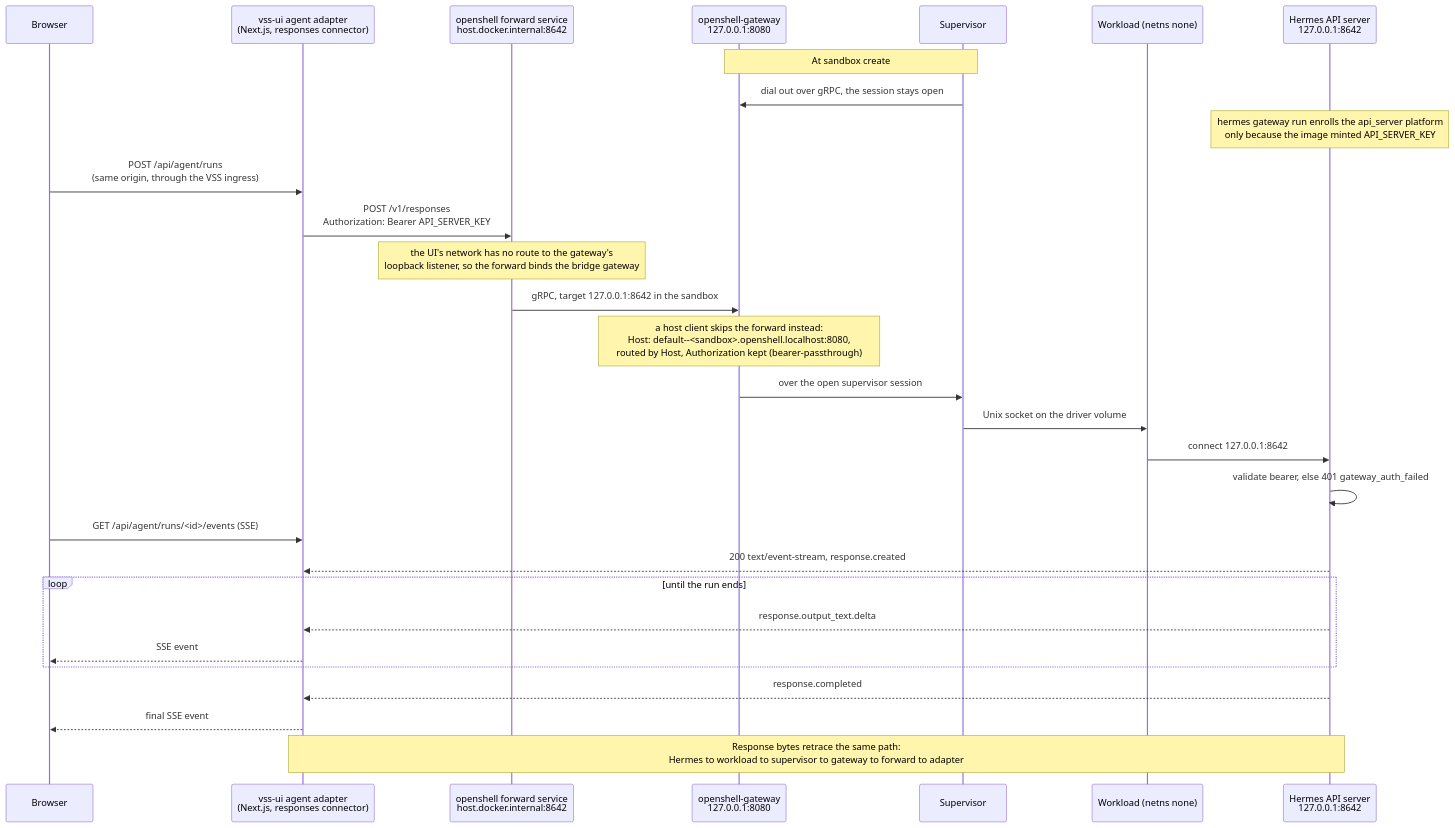
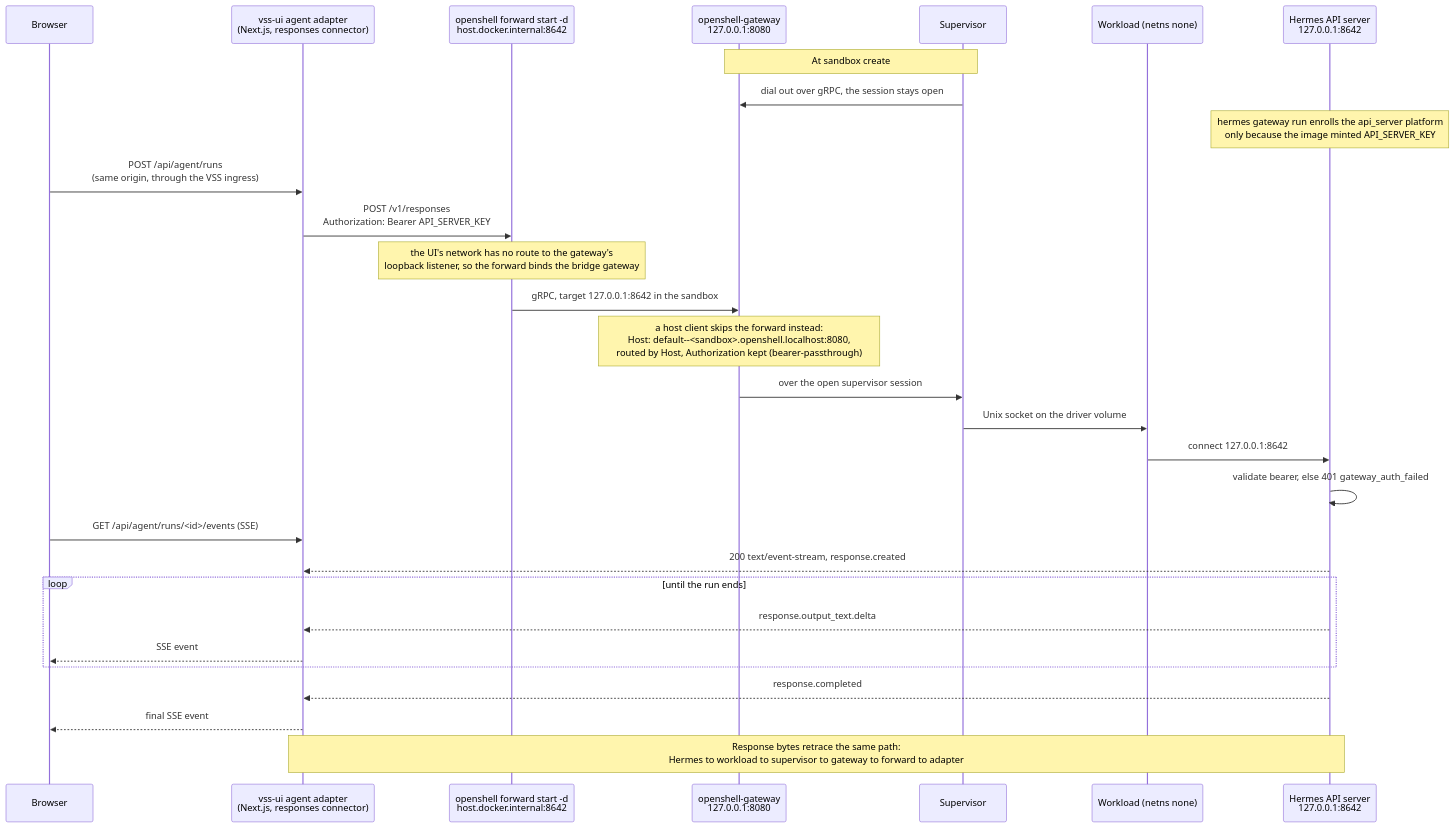
One commit to NVIDIA-AI-Blueprints/video-search-and-summarization changed the diagram in .openshell/docs/assets/vss-openshell-request-path.mmd. Above: the diagram before and after it, drawn with Mermaid. The commit also changed 3 other files, not shown here.

First line of the commit message:
Detach the UI's forward with `forward start -d`

```diff
--- a/.openshell/docs/assets/vss-openshell-request-path.mmd
+++ b/.openshell/docs/assets/vss-openshell-request-path.mmd
@@ -1,34 +1,34 @@
 %%{init: {"theme": "default", "themeVariables": {"fontFamily": "Arial", "fontSize": "16px"}}}%%
 sequenceDiagram
     participant B as Browser
     participant UI as vss-ui agent adapter<br/>(Next.js, responses connector)
-    participant FW as openshell forward service<br/>host.docker.internal:8642
+    participant FW as openshell forward start -d<br/>host.docker.internal:8642
     participant GW as openshell-gateway<br/>127.0.0.1:8080
     participant SUP as Supervisor
     participant WL as Workload (netns none)
     participant AG as Hermes API server<br/>127.0.0.1:8642
 
     Note over GW,SUP: At sandbox create
     SUP->>GW: dial out over gRPC, the session stays open
     Note over AG: hermes gateway run enrolls the api_server platform<br/>only because the image minted API_SERVER_KEY
 
     B->>UI: POST /api/agent/runs<br/>(same origin, through the VSS ingress)
     UI->>FW: POST /v1/responses<br/>Authorization: Bearer API_SERVER_KEY
     Note over FW: the UI's network has no route to the gateway's<br/>loopback listener, so the forward binds the bridge gateway
     FW->>GW: gRPC, target 127.0.0.1:8642 in the sandbox
     Note over GW: a host client skips the forward instead:<br/>Host: default--#lt;sandbox#gt;.openshell.localhost:8080,<br/>routed by Host, Authorization kept (bearer-passthrough)
     GW->>SUP: over the open supervisor session
     SUP->>WL: Unix socket on the driver volume
     WL->>AG: connect 127.0.0.1:8642
     AG->>AG: validate bearer, else 401 gateway_auth_failed
 
     B->>UI: GET /api/agent/runs/#lt;id#gt;/events (SSE)
     AG-->>UI: 200 text/event-stream, response.created
     loop until the run ends
         AG-->>UI: response.output_text.delta
         UI-->>B: SSE event
     end
     AG-->>UI: response.completed
     UI-->>B: final SSE event
 
     Note over UI,AG: Response bytes retrace the same path:<br/>Hermes to workload to supervisor to gateway to forward to adapter
```
